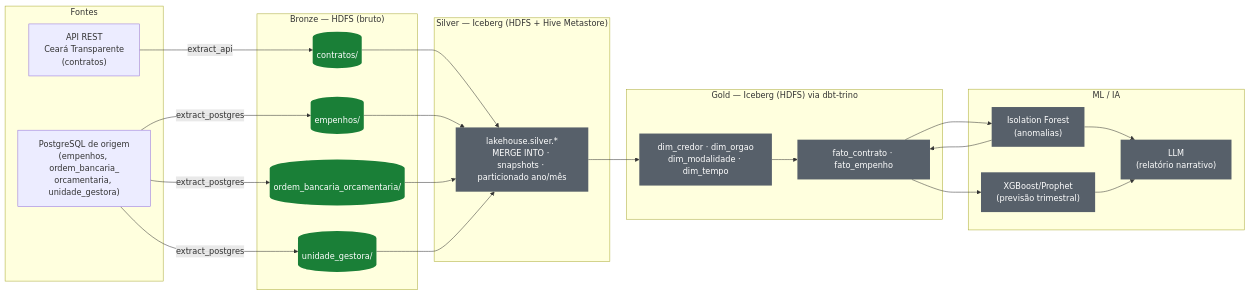
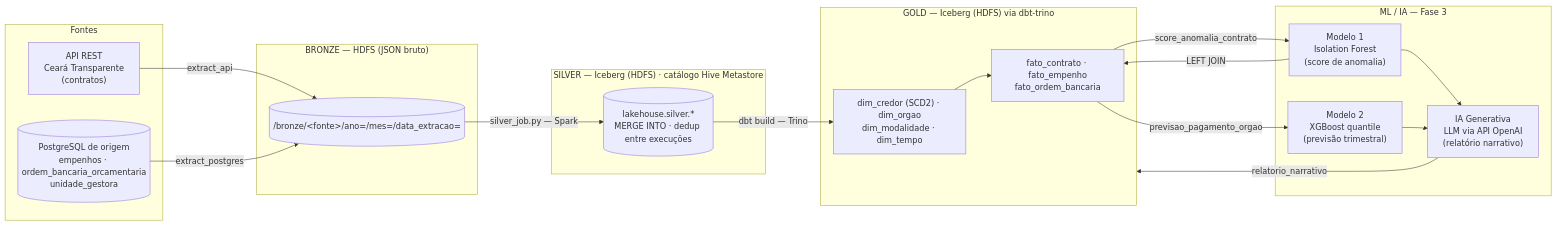
The first of 3 diagrams in documentacao/diagrama-arquitetura.md (jaimejrs/data-engineering-lab-PY03), drawn with Mermaid before and after one commit. The commit also changed other lines of this file and 2 other files, not shown here.

````diff
--- a/documentacao/diagrama-arquitetura.md
+++ b/documentacao/diagrama-arquitetura.md
@@ -10,52 +12,36 @@
 ```mermaid
 flowchart LR
     subgraph Fontes
         API["API REST\nCeará Transparente\n(contratos)"]
-        PG["PostgreSQL de origem\n(empenhos, ordem_bancaria_\norcamentaria, unidade_gestora)"]
+        PG[("PostgreSQL de origem\nempenhos · ordem_bancaria_orcamentaria\nunidade_gestora")]
     end
 
-    subgraph Bronze["Bronze — HDFS (bruto)"]
-        B_CONTRATOS[("contratos/")]
-        B_EMPENHOS[("empenhos/")]
-        B_OB[("ordem_bancaria_orcamentaria/")]
-        B_UG[("unidade_gestora/")]
+    subgraph Bronze["BRONZE — HDFS (JSON bruto)"]
+        B[("/bronze/&lt;fonte&gt;/ano=/mes=/data_extracao=")]
     end
 
-    subgraph Silver["Silver — Iceberg (HDFS + Hive Metastore)"]
-        S["lakehouse.silver.*\nMERGE INTO · snapshots · particionado ano/mês"]
+    subgraph Silver["SILVER — Iceberg (HDFS) · catálogo Hive Metastore"]
+        S[("lakehouse.silver.*\nMERGE INTO · dedup entre execuções")]
     end
 
-    subgraph Gold["Gold — Iceberg (HDFS) via dbt-trino"]
-        DIM["dim_credor · dim_orgao\ndim_modalidade · dim_tempo"]
-        FATO["fato_contrato · fato_empenho"]
+    subgraph Gold["GOLD — Iceberg (HDFS) via dbt-trino"]
+        DIM["dim_credor (SCD2) · dim_orgao\ndim_modalidade · dim_tempo"]
+        FATO["fato_contrato · fato_empenho\nfato_ordem_bancaria"]
     end
 
-    subgraph MLIA["ML / IA"]
-        M1["Isolation Forest\n(anomalias)"]
-        M2["XGBoost/Prophet\n(previsão trimestral)"]
-        LLM["LLM\n(relatório narrativo)"]
+    subgraph MLIA["ML / IA — Fase 3"]
+        M1["Modelo 1\nIsolation Forest\n(score de anomalia)"]
+        M2["Modelo 2\nXGBoost quantile\n(previsão trimestral)"]
+        M3["IA Generativa\nLLM via API OpenAI\n(relatório narrativo)"]
     end
 
-    API -->|extract_api| B_CONTRATOS
-    PG -->|extract_postgres| B_EMPENHOS
-    PG -->|extract_postgres| B_OB
-    PG -->|extract_postgres| B_UG
-
-    B_CONTRATOS --> S
-    B_EMPENHOS --> S
-    B_OB --> S
-    B_UG --> S
-
-    S --> DIM --> FATO
-    FATO --> M1 --> FATO
-    FATO --> M2
-    M1 --> LLM
-    M2 --> LLM
-
-    classDef done fill:#1a7f37,color:#fff,stroke:none;
-    classDef partial fill:#9a6700,color:#fff,stroke:none;
-    classDef pending fill:#57606a,color:#fff,stroke:none;
-
-    class B_EMPENHOS,B_OB,B_UG,B_CONTRATOS done
-    class S,DIM,FATO,M1,M2,LLM pending
+    API -->|extract_api| B
+    PG -->|extract_postgres| B
+    B -->|silver_job.py — Spark| S
+    S -->|dbt build — Trino| DIM --> FATO
+    FATO -->|score_anomalia_contrato| M1 -->|LEFT JOIN| FATO
+    FATO -->|previsao_pagamento_orgao| M2
+    M1 --> M3
+    M2 --> M3
+    M3 -->|relatorio_narrativo| Gold
 ```
````
